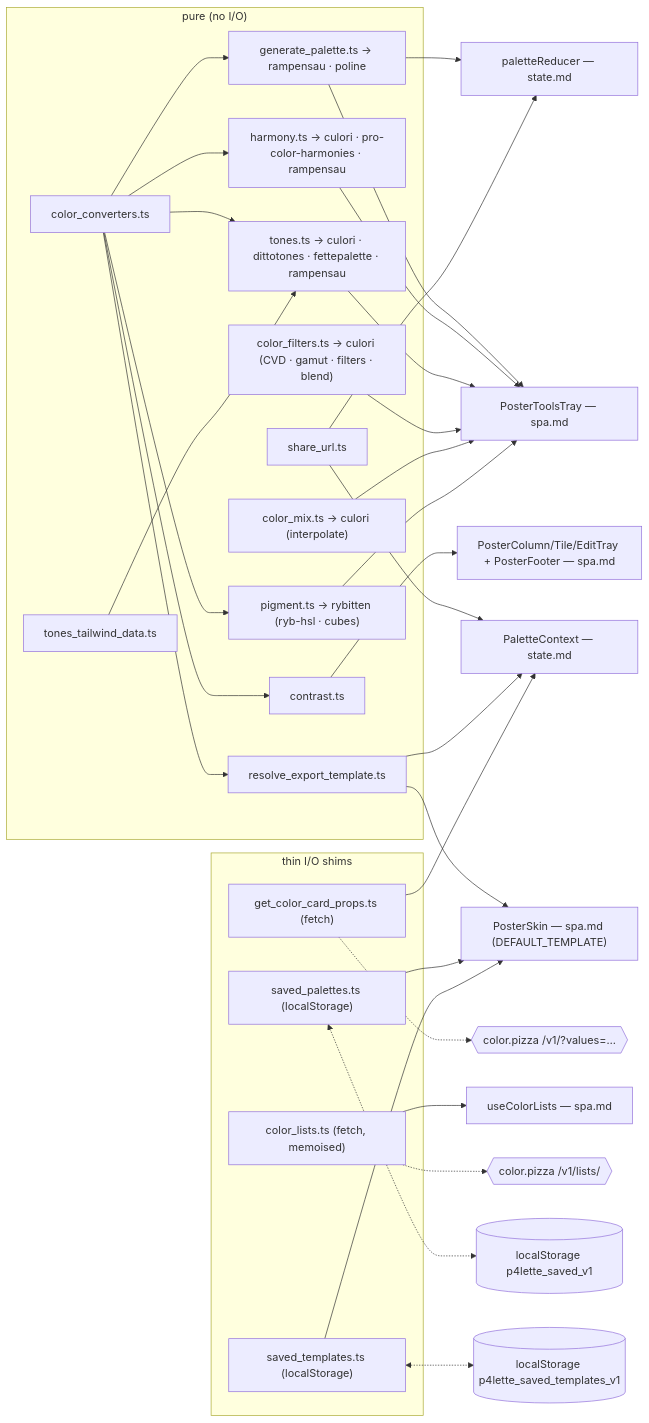
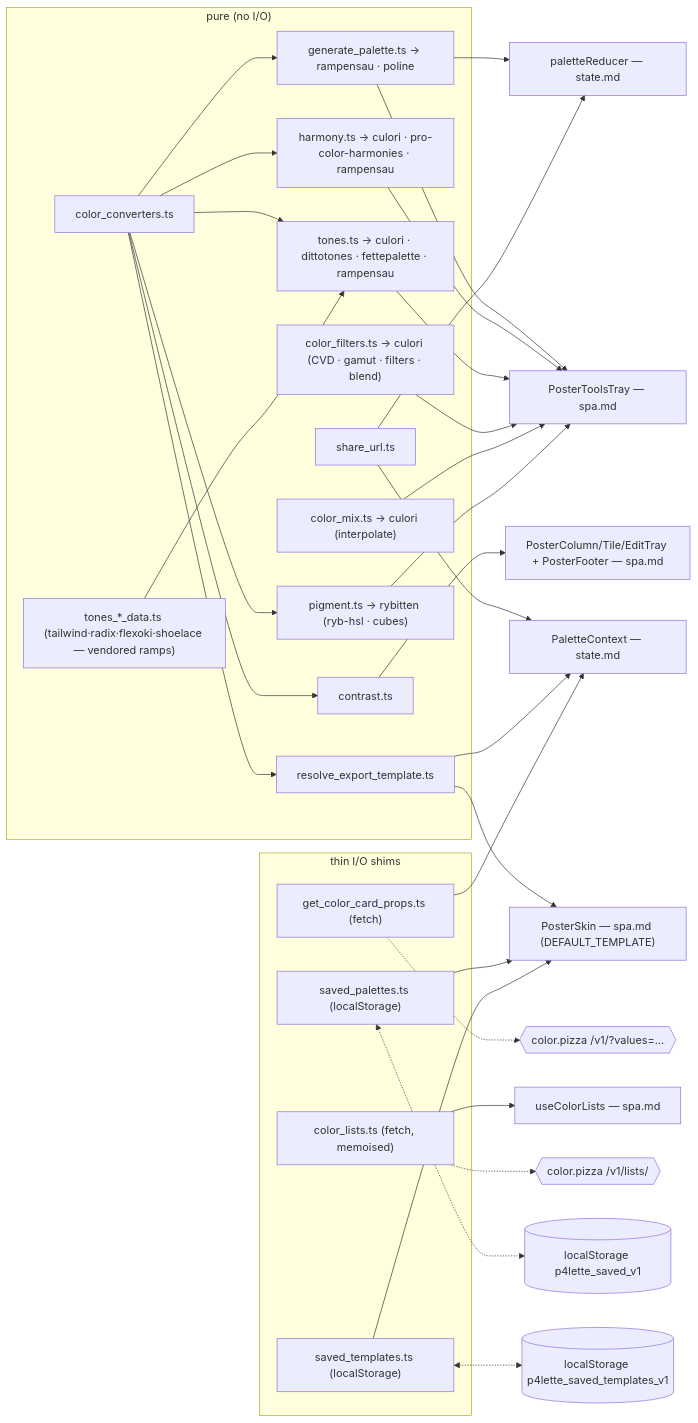
One commit to p4stoboy/p4lette changed the diagram in SPEC/CURRENT/color.md. Above: the diagram before and after it, drawn with Mermaid. The commit also changed other lines of this file and 13 other files, not shown here.

First line of the commit message:
feat(tones): Radix / Flexoki / Shoelace ditto ramp sets + a RAMP SET picker

````diff
--- a/SPEC/CURRENT/color.md
+++ b/SPEC/CURRENT/color.md
@@ -422,44 +442,44 @@
 ```mermaid
 flowchart LR
   subgraph pure["pure (no I/O)"]
     cc["color_converters.ts"]
     gp["generate_palette.ts → rampensau · poline"]
     hm["harmony.ts → culori · pro-color-harmonies · rampensau"]
     tn["tones.ts → culori · dittotones · fettepalette · rampensau"]
     cf["color_filters.ts → culori (CVD · gamut · filters · blend)"]
     mx["color_mix.ts → culori (interpolate)"]
     pg["pigment.ts → rybitten (ryb-hsl · cubes)"]
-    td["tones_tailwind_data.ts"]
+    td["tones_*_data.ts (tailwind·radix·flexoki·shoelace — vendored ramps)"]
     ct["contrast.ts"]
     rt["resolve_export_template.ts"]
     su["share_url.ts"]
   end
   subgraph io["thin I/O shims"]
     gcn["get_color_card_props.ts (fetch)"]
     cl["color_lists.ts (fetch, memoised)"]
     sp["saved_palettes.ts (localStorage)"]
     st["saved_templates.ts (localStorage)"]
   end
   cc --> gp & hm & tn & ct & rt & pg
   td --> tn
   gp --> red["paletteReducer — state.md"]
   gp --> ttray["PosterToolsTray — spa.md"]
   su --> red
   su --> pctx["PaletteContext — state.md"]
   rt --> pctx
   gcn --> pctx
   rt --> skin["PosterSkin — spa.md (DEFAULT_TEMPLATE)"]
   hm --> ttray
   tn --> ttray
   cf --> ttray
   mx --> ttray
   pg --> ttray
   ct --> swatch["PosterColumn/Tile/EditTray + PosterFooter — spa.md"]
   cl --> ucl["useColorLists — spa.md"]
   sp --> skin
   st --> skin
   gcn -.-> pizza1{{"color.pizza /v1/?values=…"}}
   cl -.-> pizza2{{"color.pizza /v1/lists/"}}
   sp <-.-> ls1[("localStorage p4lette_saved_v1")]
   st <-.-> ls2[("localStorage p4lette_saved_templates_v1")]
 ```
````
